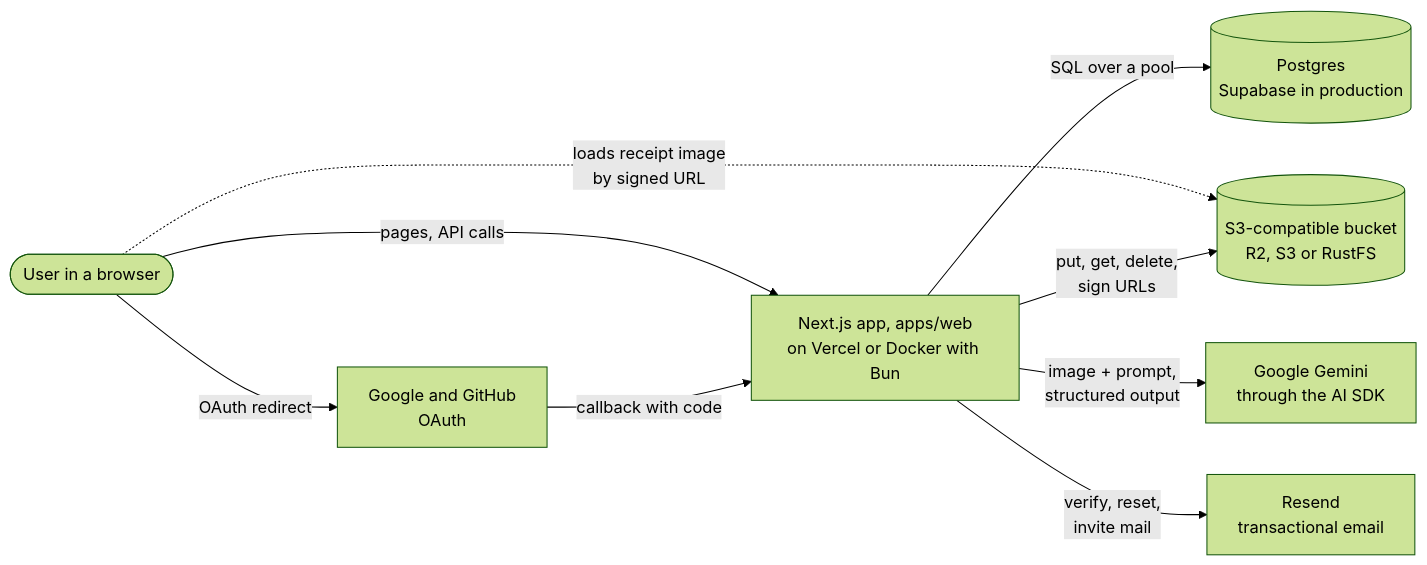
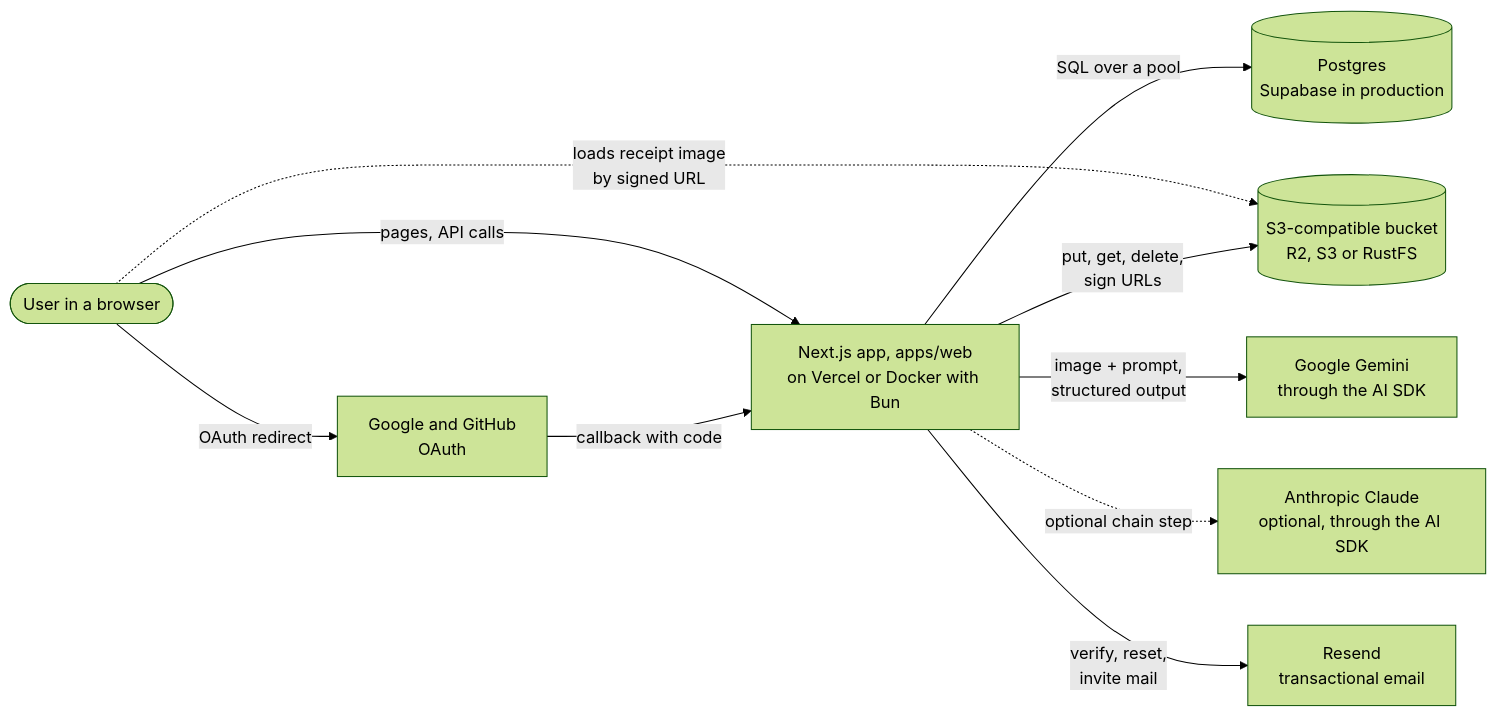
Before and after one commit to bhimrazy/receipt-ocr-app: the first of 2 diagrams in docs/architecture/README.md, drawn with Mermaid (forest theme). The commit also changed other lines of this file and 8 other files, not shown here.

````diff
--- a/docs/architecture/README.md
+++ b/docs/architecture/README.md
@@ -24,19 +24,21 @@
 ```mermaid
 flowchart LR
   user([User in a browser])
   web[Next.js app, apps/web<br/>on Vercel or Docker with Bun]
   pg[(Postgres<br/>Supabase in production)]
   s3[(S3-compatible bucket<br/>R2, S3 or RustFS)]
   gemini[Google Gemini<br/>through the AI SDK]
+  claude[Anthropic Claude<br/>optional, through the AI SDK]
   resend[Resend<br/>transactional email]
   oauth[Google and GitHub<br/>OAuth]
 
   user -- "pages, API calls" --> web
   user -. "loads receipt image<br/>by signed URL" .-> s3
   web -- "SQL over a pool" --> pg
   web -- "put, get, delete,<br/>sign URLs" --> s3
   web -- "image + prompt,<br/>structured output" --> gemini
+  web -. "optional chain step" .-> claude
   web -- "verify, reset,<br/>invite mail" --> resend
   user -- "OAuth redirect" --> oauth
   oauth -- "callback with code" --> web
 ```
````
